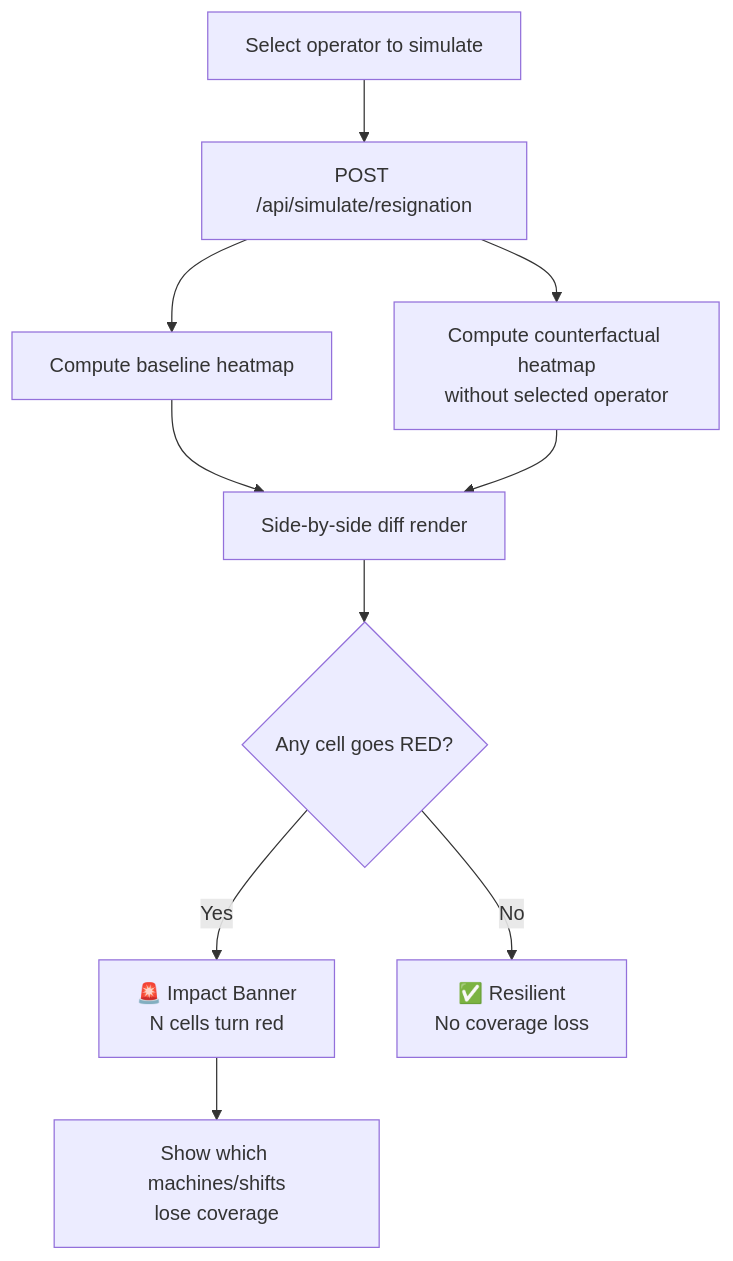
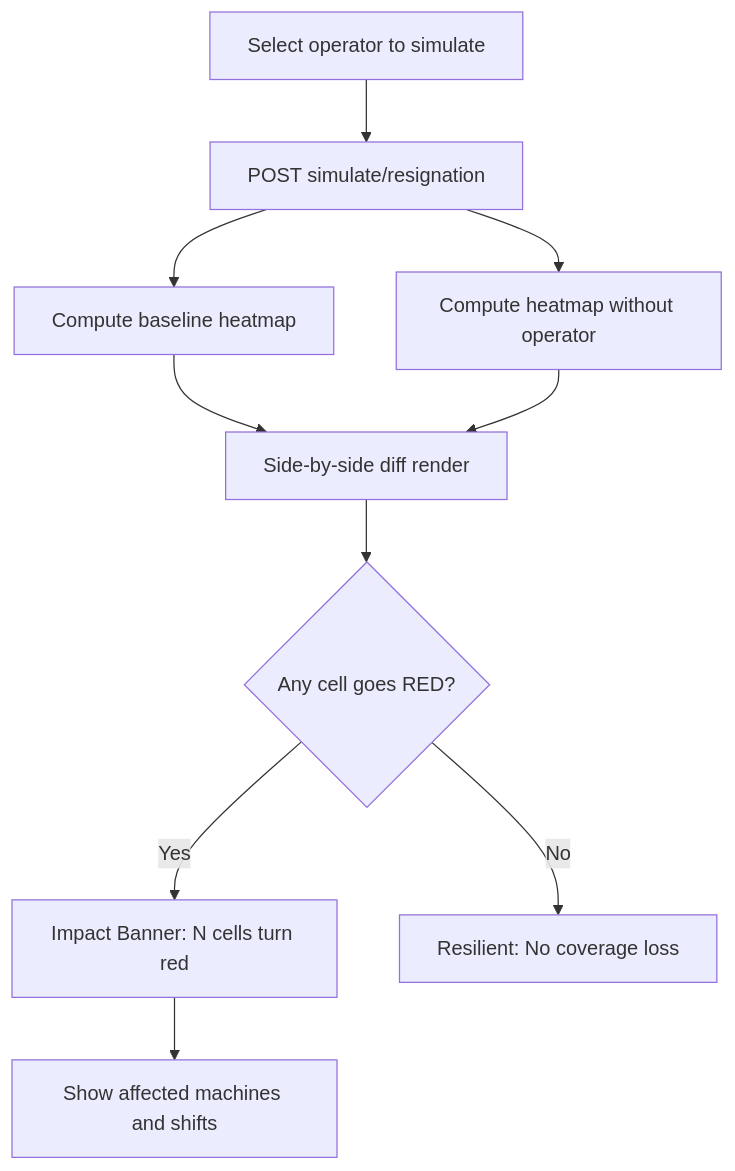
The fourth of 8 diagrams in README.md (awakenedarpit/skillsforge), drawn with Mermaid before and after one commit. The commit also changed other lines of this file, not shown here.

Commit message:
fix: resolve all Mermaid diagram syntax errors in README

````diff
--- a/README.md
+++ b/README.md
@@ -181,12 +180,12 @@
 ```mermaid
 flowchart TD
-    A[Select operator to simulate] --> B[POST /api/simulate/resignation]
-    B --> C[Compute baseline heatmap]
-    B --> D[Compute counterfactual heatmap\nwithout selected operator]
-    C --> E[Side-by-side diff render]
+    A["Select operator to simulate"] --> B["POST simulate/resignation"]
+    B --> C["Compute baseline heatmap"]
+    B --> D["Compute heatmap without operator"]
+    C --> E["Side-by-side diff render"]
     D --> E
     E --> F{Any cell goes RED?}
-    F -- Yes --> G[🚨 Impact Banner\nN cells turn red]
-    F -- No --> H[✅ Resilient\nNo coverage loss]
-    G --> I[Show which machines/shifts\nlose coverage]
+    F -- Yes --> G["Impact Banner: N cells turn red"]
+    F -- No --> H["Resilient: No coverage loss"]
+    G --> I["Show affected machines and shifts"]
 ```
````
